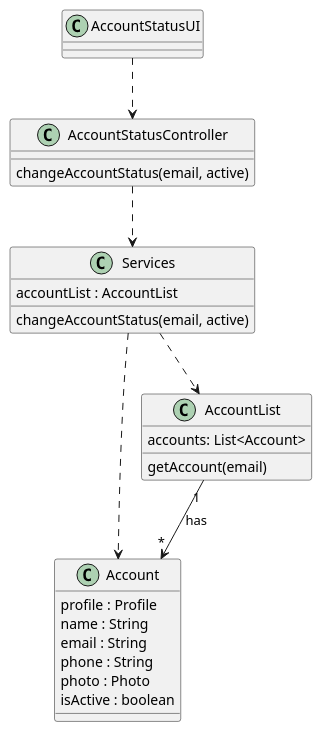
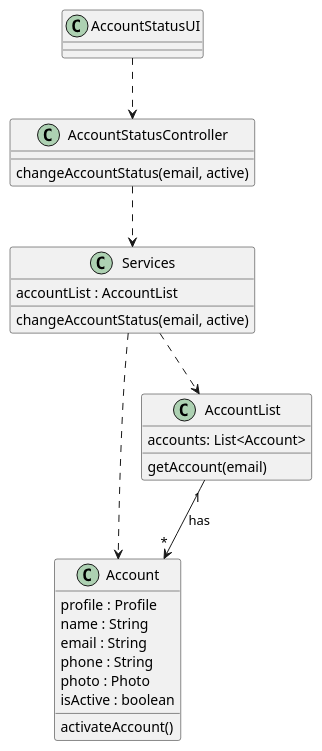
Before and after one commit to ivo-menezes/project_g3: the diagram in docs/modelling_design/user_stories/us006/US006_ActivateUserAccountCD.puml, drawn with PlantUML.

Commit message:
US006: Design: updated ActivateUserAccountCD

```diff
--- a/docs/modelling_design/user_stories/us006/US006_ActivateUserAccountCD.puml
+++ b/docs/modelling_design/user_stories/us006/US006_ActivateUserAccountCD.puml
@@ -1,35 +1,36 @@
 @startuml
 
 class AccountStatusUI {
 }
 
 class Account {
 profile : Profile
 name : String
 email : String
 phone : String
 photo : Photo
 isActive : boolean
+activateAccount()
 }
 
 class AccountStatusController {
 changeAccountStatus(email, active)
 }
 
 class Services {
 accountList : AccountList
 changeAccountStatus(email, active)
 }
 
 class "AccountList" {
 accounts: List<Account>
 getAccount(email)
 }
 
 Services ..> Account
 Services ..> "AccountList"
 AccountList "1" --> "*" Account : has
 AccountStatusController ..> Services
 AccountStatusUI ..> AccountStatusController
 
 @enduml
```
